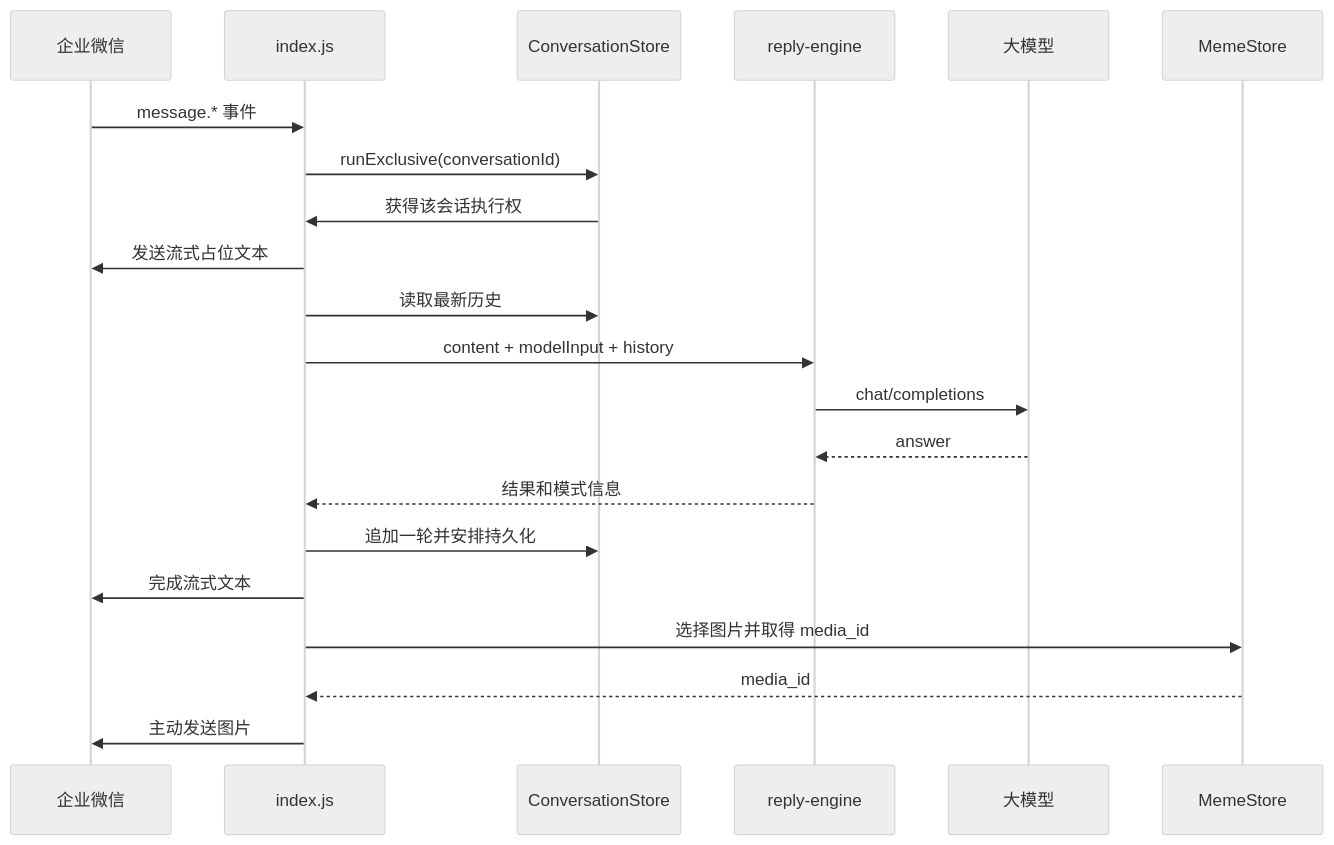
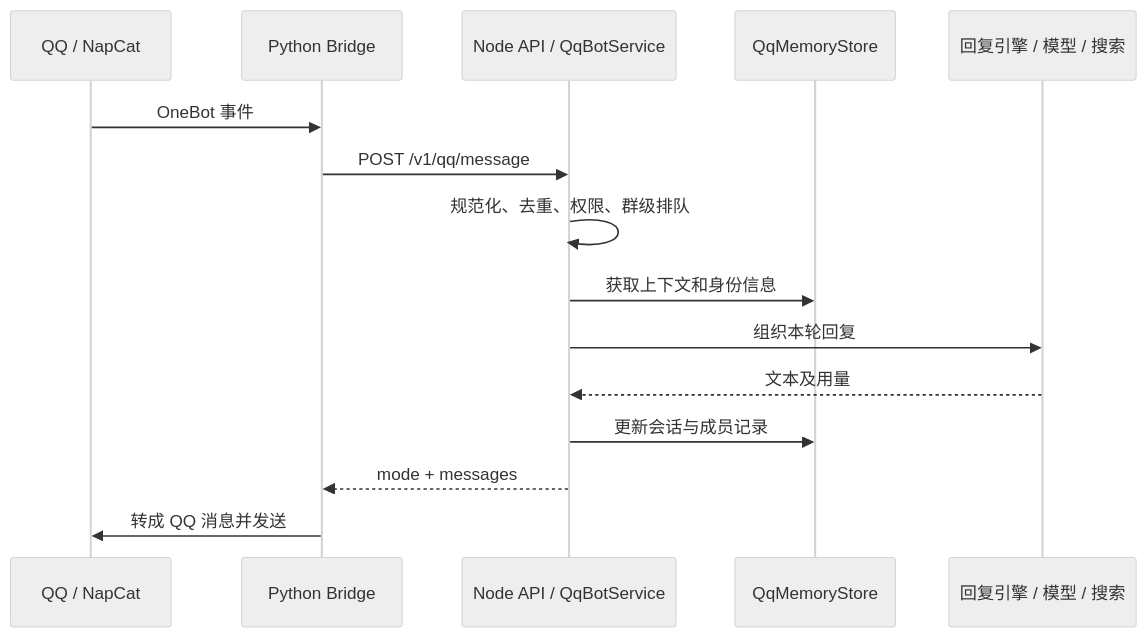
The second of 3 diagrams in docs/node-service-architecture-and-learning-guide.md (Sakamoto18/wecom-meme-bot), drawn with Mermaid (neutral theme) before and after one commit. The commit also changed other lines of this file and 3 other files, not shown here.

````diff
--- a/docs/node-service-architecture-and-learning-guide.md
+++ b/docs/node-service-architecture-and-learning-guide.md
@@ -154,24 +167,17 @@
 ```mermaid
 sequenceDiagram
-    participant WX as 企业微信
-    participant Entry as index.js
-    participant Store as ConversationStore
-    participant Engine as reply-engine
-    participant LLM as 大模型
-    participant Meme as MemeStore
-
-    WX->>Entry: message.* 事件
-    Entry->>Store: runExclusive(conversationId)
-    Store->>Entry: 获得该会话执行权
-    Entry->>WX: 发送流式占位文本
-    Entry->>Store: 读取最新历史
-    Entry->>Engine: content + modelInput + history
-    Engine->>LLM: chat/completions
-    LLM-->>Engine: answer
-    Engine-->>Entry: 结果和模式信息
-    Entry->>Store: 追加一轮并安排持久化
-    Entry->>WX: 完成流式文本
-    Entry->>Meme: 选择图片并取得 media_id
-    Meme-->>Entry: media_id
-    Entry->>WX: 主动发送图片
+    participant QQ as QQ / NapCat
+    participant Bridge as Python Bridge
+    participant API as Node API / QqBotService
+    participant Memory as QqMemoryStore
+    participant Engine as 回复引擎 / 模型 / 搜索
+    QQ->>Bridge: OneBot 事件
+    Bridge->>API: POST /v1/qq/message
+    API->>API: 规范化、去重、权限、群级排队
+    API->>Memory: 获取上下文和身份信息
+    API->>Engine: 组织本轮回复
+    Engine-->>API: 文本及用量
+    API->>Memory: 更新会话与成员记录
+    API-->>Bridge: mode + messages
+    Bridge->>QQ: 转成 QQ 消息并发送
 ```
````
